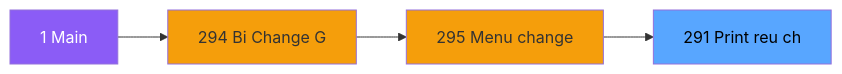
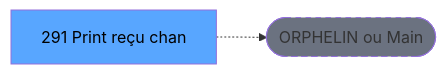
The second of 3 diagrams in .openspec/renders/ADH-IDE-291.md (thonyAGP/lecteur-magic), drawn with Mermaid before and after one commit. The commit also changed other lines of this file and 701 other files, not shown here.

````diff
--- a/.openspec/renders/ADH-IDE-291.md
+++ b/.openspec/renders/ADH-IDE-291.md
@@ -113,14 +119,8 @@
 ```mermaid
 graph LR
-    M[1 Main]
-    N294[294 Bi  Change G]
-    N295[295 Menu change ]
-    T[291 Print reu ch]
-    M --> N294
-    N294 --> N295
-    N295 --> T
-    style M fill:#8b5cf6,color:#fff
-    style N294 fill:#f59e0b
-    style N295 fill:#f59e0b
+    T[291 Print reçu chan]
+    ORPHAN([ORPHELIN ou Main])
+    T -.-> ORPHAN
     style T fill:#58a6ff,color:#000
+    style ORPHAN fill:#6b7280,stroke-dasharray: 5 5
 ```
````
